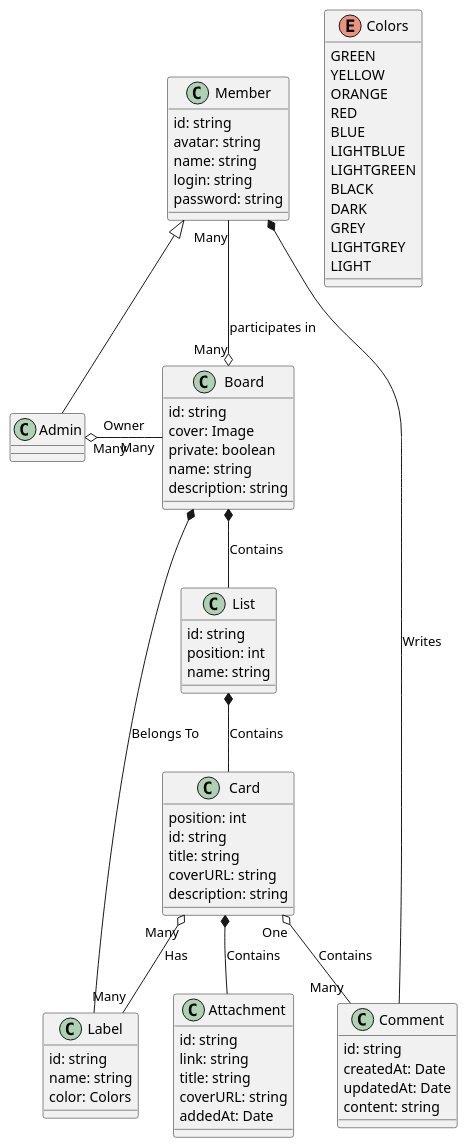
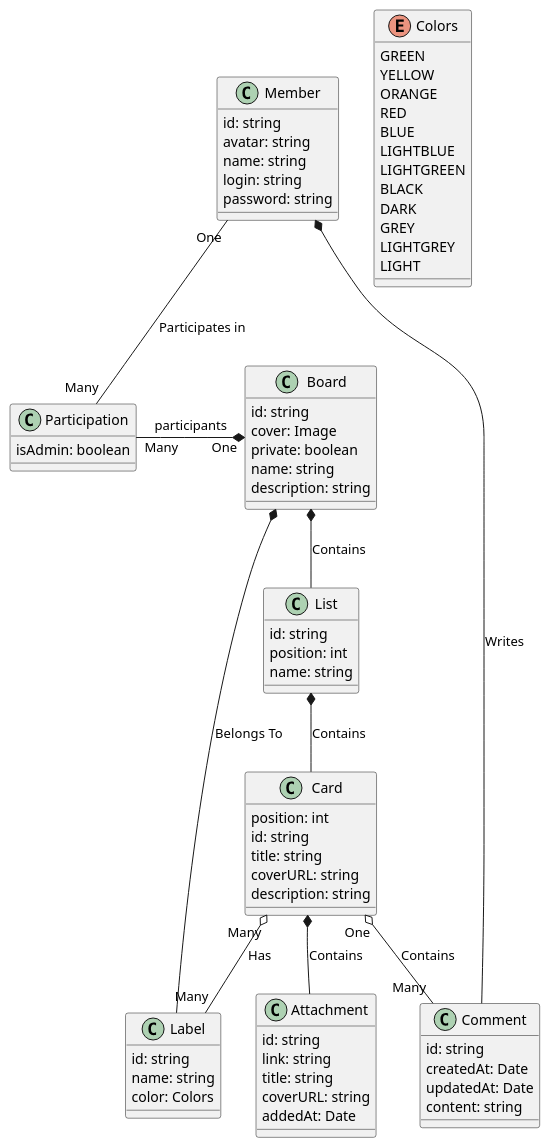
Before and after one commit to Fredkiss3/thullo: the diagram in packages/domain/uml/model.puml, drawn with PlantUML. The commit also changed 10 other files, not shown here.

```diff
--- a/packages/domain/uml/model.puml
+++ b/packages/domain/uml/model.puml
@@ -1,88 +1,89 @@
 @startuml
 'https://plantuml.com/class-diagram
 class Member {
     id: string
     avatar: string
     name: string
     login: string
     password: string
-}
-
-class Admin {
 }
 
 class Board {
     id: string
     cover: Image
     private: boolean
     name: string
     description: string
 }
 
 class List {
     id: string
     position: int
     name: string
 }
 
 class Card {
     position: int
     id: string
     title: string
     coverURL: string
     description: string
 }
 
 enum Colors {
     GREEN
     YELLOW
     ORANGE
     RED
     BLUE
     LIGHTBLUE
     LIGHTGREEN
     BLACK
     DARK
     GREY
     LIGHTGREY
     LIGHT
 }
 
 class Label {
     id: string
     name: string
     color: Colors
 }
 
 class Comment {
     id: string
     createdAt: Date
     updatedAt: Date
     content: string
 }
 
 class Attachment {
     id: string
     link: string
     title: string
     coverURL: string
     addedAt: Date
 }
 
-Member <|-- Admin
+class Participation {
+    isAdmin: boolean
+}
 
-Admin "Many" o---right---  "Many" Board : Owner
-Member "Many" --o "Many" Board : participates in
+'Member "Many" --o "Many" Board : participates in
+
+Member "One" -- "Many" Participation : Participates in
+Participation "Many" -* "One" Board : participants
 
 Board *-- List : Contains
 List *-- Card : Contains
 Card *-- Attachment : Contains
 Card "One" o-- "Many" Comment : Contains
 
 Card "Many" o-- "Many" Label : Has
 
 Label --* Board  : Belongs To
 
 Member *-- Comment : Writes
 
 @enduml
```
